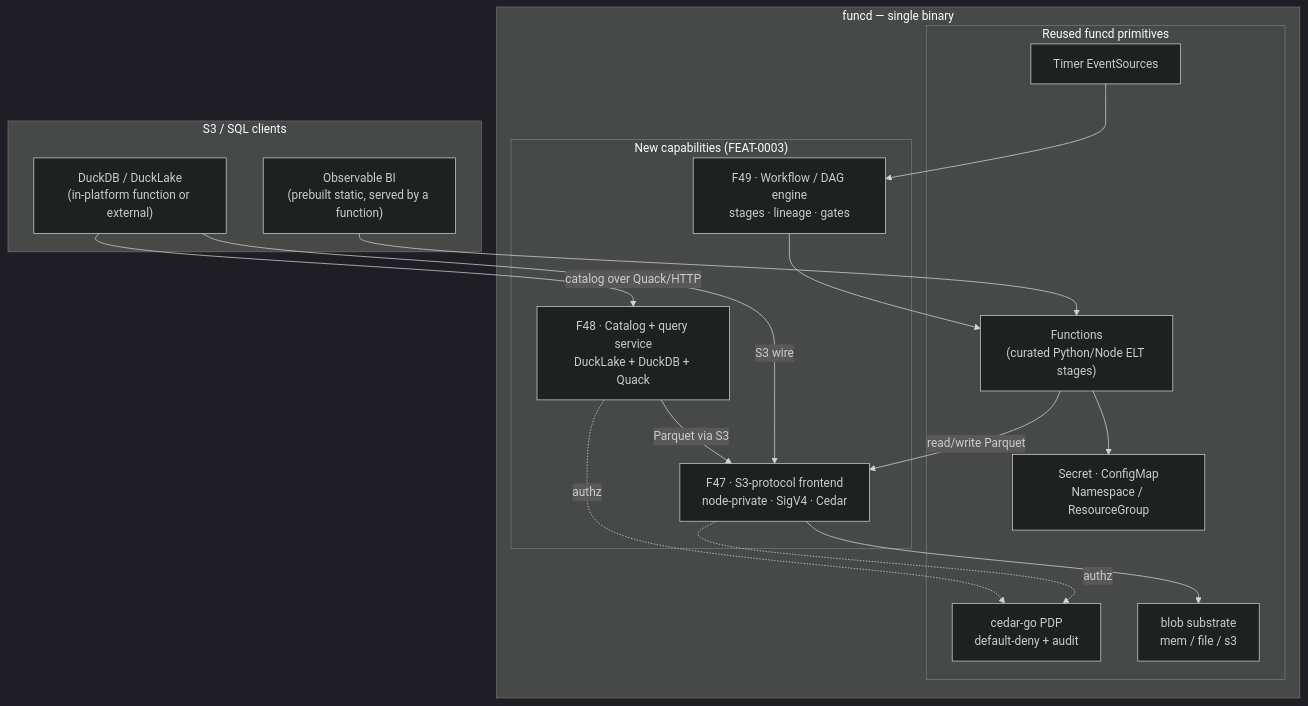
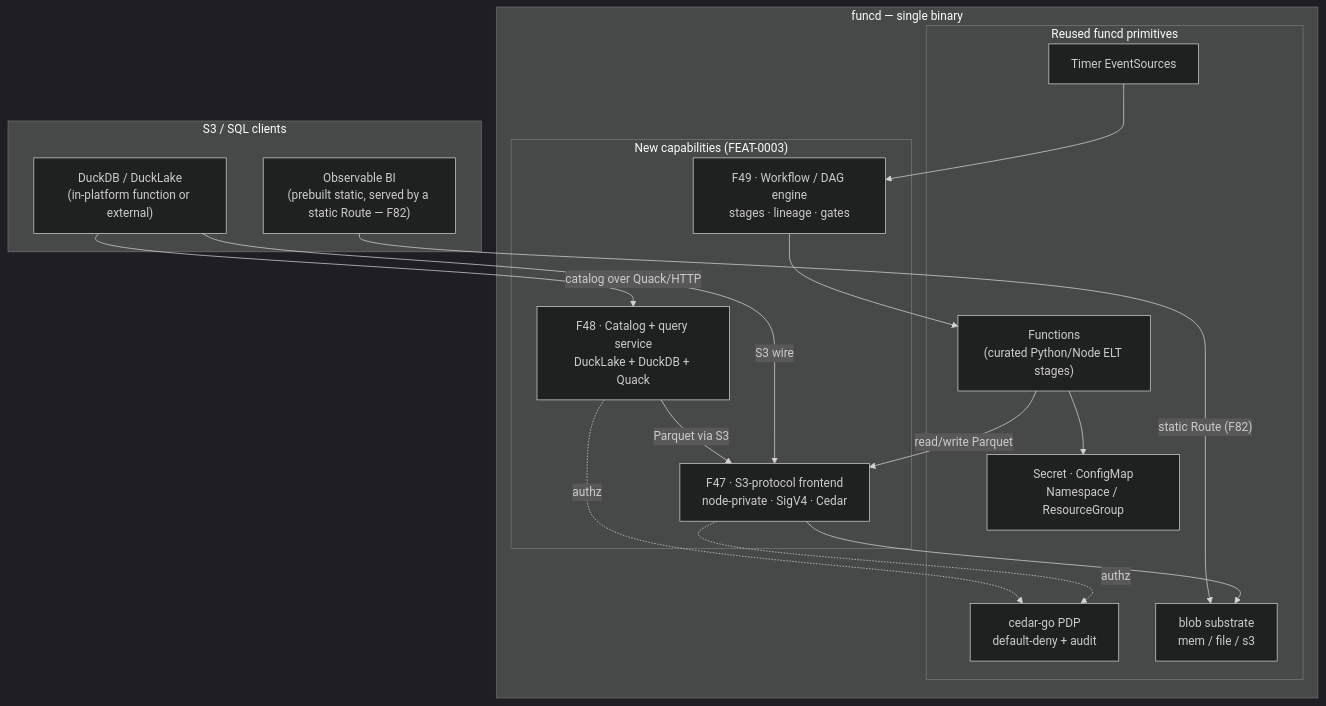
One commit to pyvvo/funcd changed the diagram in docs/feat/0003-feat-data-platform.md. Above: the diagram before and after it, drawn with Mermaid (dark theme). The commit also changed other lines of this file and 61 other files, not shown here.

````diff
--- a/docs/feat/0003-feat-data-platform.md
+++ b/docs/feat/0003-feat-data-platform.md
@@ -55,34 +55,34 @@
 ```mermaid
 flowchart TB
     subgraph Clients["S3 / SQL clients"]
         DUCK["DuckDB / DuckLake<br/>(in-platform function or external)"]
-        BI["Observable BI<br/>(prebuilt static, served by a function)"]
+        BI["Observable BI<br/>(prebuilt static, served by a static Route — F82)"]
     end
 
     subgraph Funcd["funcd — single binary"]
         subgraph New["New capabilities (FEAT-0003)"]
             WF["F49 · Workflow / DAG engine<br/>stages · lineage · gates"]
             CAT["F48 · Catalog + query service<br/>DuckLake + DuckDB + Quack"]
             S3["F47 · S3-protocol frontend<br/>node-private · SigV4 · Cedar"]
         end
         subgraph Reused["Reused funcd primitives"]
             FN["Functions<br/>(curated Python/Node ELT stages)"]
             EV["Timer EventSources"]
             SEC["Secret · ConfigMap<br/>Namespace / ResourceGroup"]
             PDP["cedar-go PDP<br/>default-deny + audit"]
             BLOB["blob substrate<br/>mem / file / s3"]
         end
     end
 
     EV --> WF
     WF --> FN
     FN -->|"read/write Parquet"| S3
     DUCK -->|"S3 wire"| S3
     DUCK -->|"catalog over Quack/HTTP"| CAT
     CAT -->|"Parquet via S3"| S3
     S3 --> BLOB
-    BI --> FN
+    BI -->|"static Route (F82)"| BLOB
     FN --> SEC
     S3 -.->|authz| PDP
     CAT -.->|authz| PDP
 ```
````
